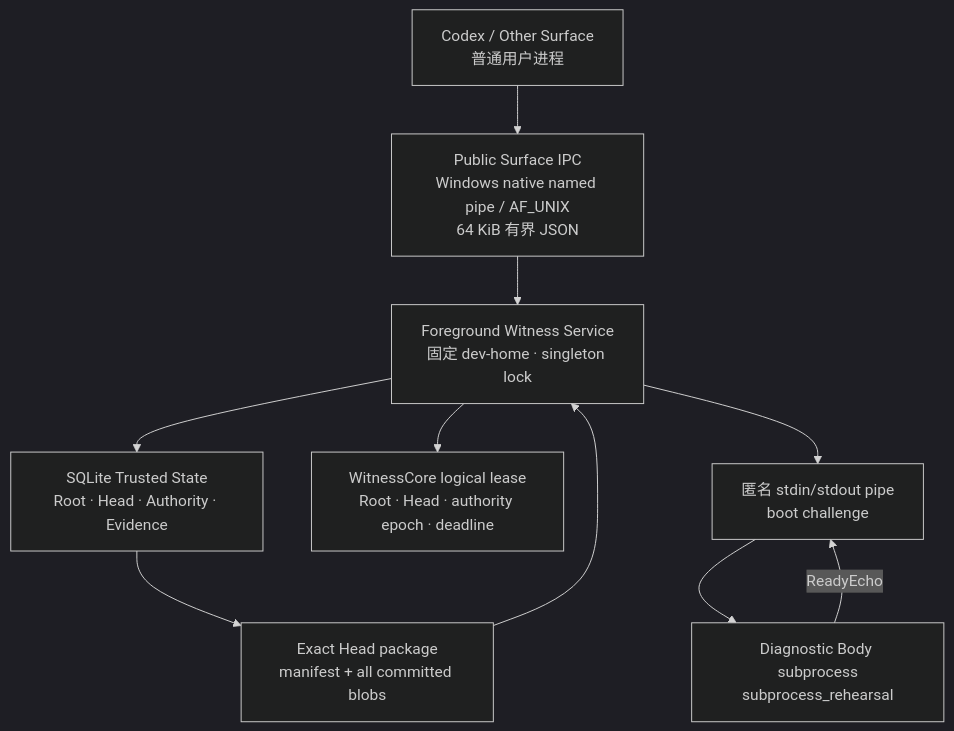
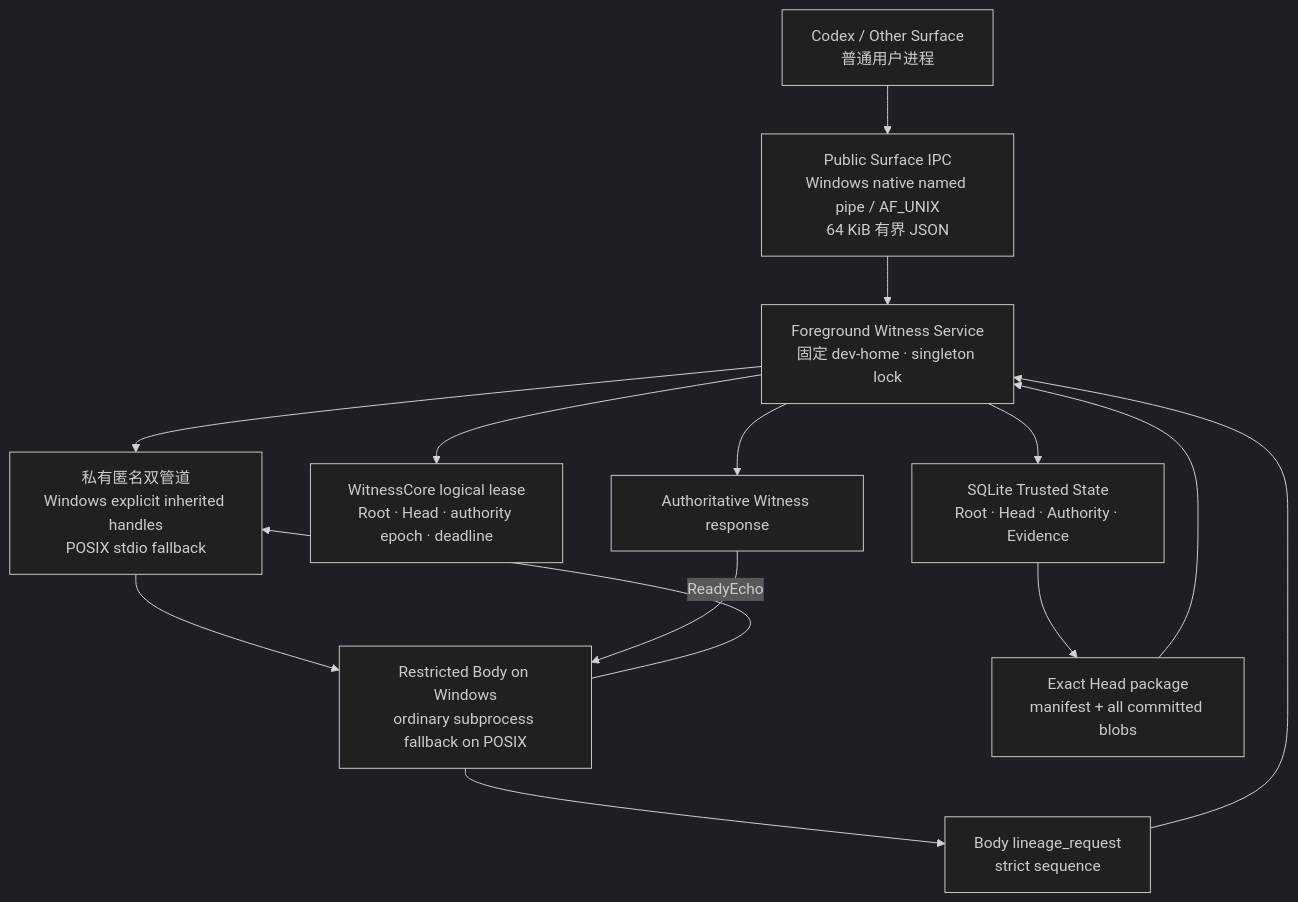
Before and after one commit to eonpaper123/Agentic-Evo: the first of 2 diagrams in docs/engineering/机器Witness服务与exact-Head子进程演练.md, drawn with Mermaid (dark theme). The commit also changed other lines of this file and 13 other files, not shown here.

Commit message:
docs: record restricted Body lineage rehearsal

````diff
--- a/docs/engineering/机器Witness服务与exact-Head子进程演练.md
+++ b/docs/engineering/机器Witness服务与exact-Head子进程演练.md
@@ -29,18 +30,22 @@
 ```mermaid
 flowchart TD
     S["Codex / Other Surface<br/>普通用户进程"]
     PUB["Public Surface IPC<br/>Windows native named pipe / AF_UNIX<br/>64 KiB 有界 JSON"]
     W["Foreground Witness Service<br/>固定 dev-home · singleton lock"]
     T["SQLite Trusted State<br/>Root · Head · Authority · Evidence"]
     L["WitnessCore logical lease<br/>Root · Head · authority epoch · deadline"]
-    H["匿名 stdin/stdout pipe<br/>boot challenge"]
-    P["Diagnostic Body subprocess<br/>subprocess_rehearsal"]
+    H["私有匿名双管道<br/>Windows explicit inherited handles<br/>POSIX stdio fallback"]
+    P["Restricted Body on Windows<br/>ordinary subprocess fallback on POSIX"]
     PKG["Exact Head package<br/>manifest + all committed blobs"]
+    LR["Body lineage_request<br/>strict sequence"]
+    RS["Authoritative Witness response"]
 
     S --> PUB --> W
     W --> T
     W --> L
     T --> PKG --> W
     W --> H --> P
     P -->|"ReadyEcho"| H
+    P --> LR --> W
+    W --> RS --> P
 ```
````
